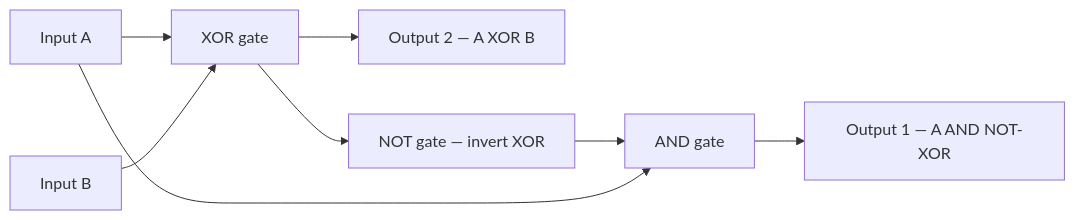
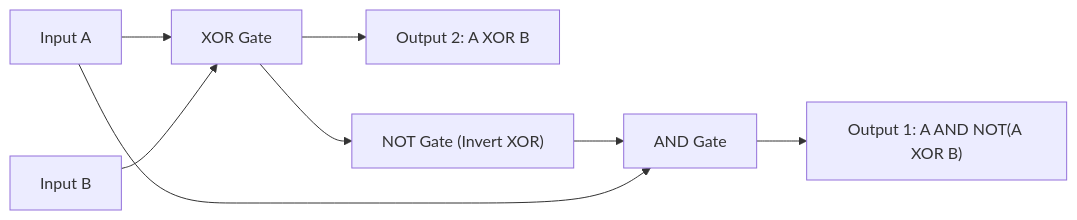
One commit to 1345AbhishekKumar/cs-cookbook changed the second of 3 diagrams in content/docs/computer-basics/it-support/04-logic-gates-and-circuits.mdx. Above: the diagram before and after it, drawn with Mermaid. The commit also changed other lines of this file and 299 other files, not shown here.

````diff
--- a/content/docs/computer-basics/it-support/04-logic-gates-and-circuits.mdx
+++ b/content/docs/computer-basics/it-support/04-logic-gates-and-circuits.mdx
@@ -225,10 +256,10 @@
 ```mermaid
 flowchart LR
-    A["Input A"] --> XOR["XOR gate"]
+    A["Input A"] --> XOR["XOR Gate"]
     B["Input B"] --> XOR
-    XOR --> O2["Output 2 — A XOR B"]
-    XOR --> NOTG["NOT gate — invert XOR"]
-    NOTG --> ANDG["AND gate"]
+    XOR --> O2["Output 2: A XOR B"]
+    XOR --> NOTG["NOT Gate (Invert XOR)"]
+    NOTG --> ANDG["AND Gate"]
     A --> ANDG
-    ANDG --> O1["Output 1 — A AND NOT-XOR"]
+    ANDG --> O1["Output 1: A AND NOT(A XOR B)"]
 ```
````
